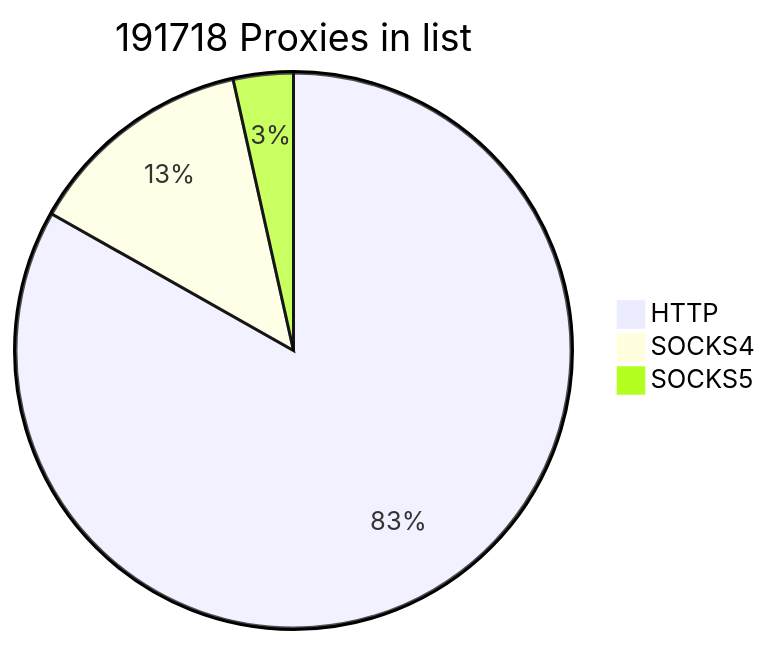
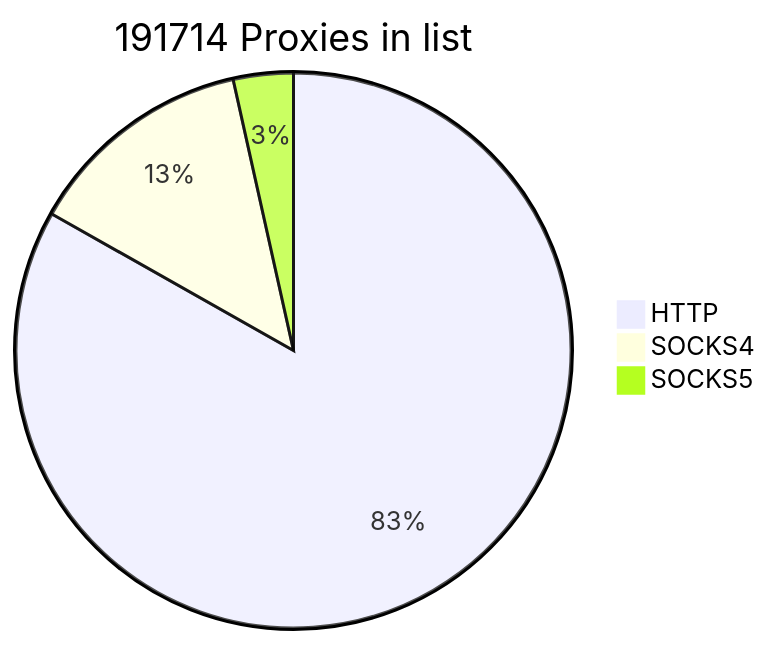
The first of 2 diagrams in README.md (cutipu/proxylist), drawn with Mermaid before and after one commit. The commit also changed other lines of this file, not shown here.

````diff
--- a/README.md
+++ b/README.md
@@ -2,7 +2,7 @@
 ```mermaid
-pie title 191718 Proxies in list
+pie title 191714 Proxies in list
     "HTTP" : 159482
-    "SOCKS4" : 25546
-    "SOCKS5" : 6690
+    "SOCKS4" : 25545
+    "SOCKS5" : 6687
             
 ```
````
